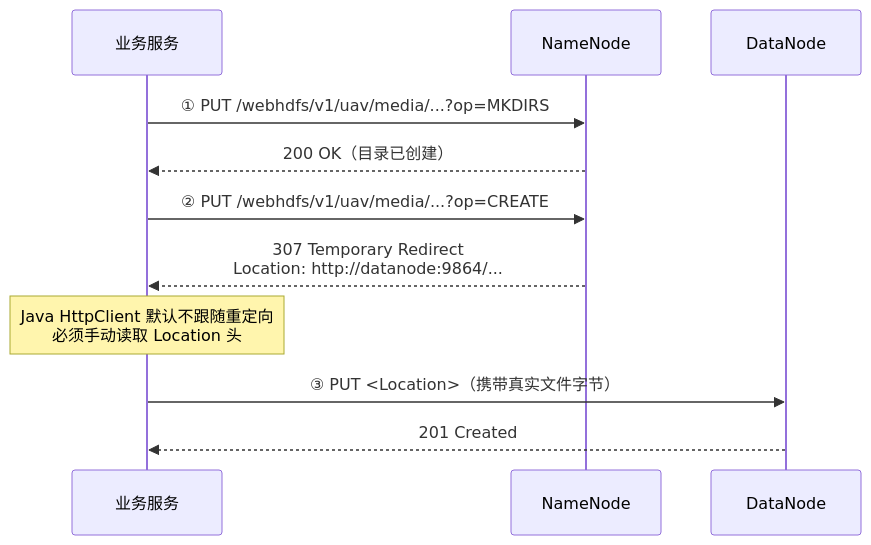
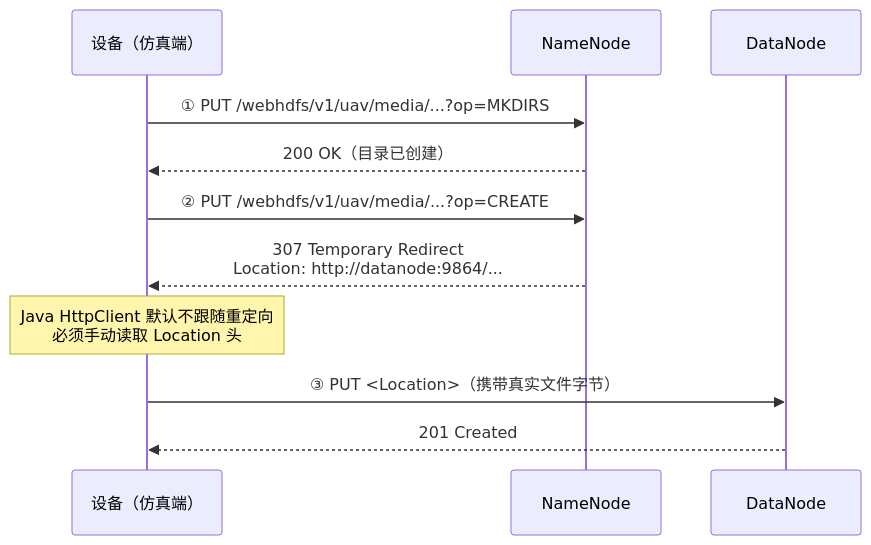
Before and after one commit to heziherz/uav-robot-inspection-platform: the second of 4 diagrams in doc/课程设计报告/05_系统详细设计与实现.md, drawn with Mermaid. The commit also changed other lines of this file and 9 other files, not shown here.

````diff
--- a/doc/课程设计报告/05_系统详细设计与实现.md
+++ b/doc/课程设计报告/05_系统详细设计与实现.md
@@ -338,17 +396,17 @@
 ```mermaid
 sequenceDiagram
-    participant C as 业务服务
+    participant C as 设备（仿真端）
     participant N as NameNode
     participant D as DataNode
 
     C->>N: ① PUT /webhdfs/v1/uav/media/...?op=MKDIRS
     N-->>C: 200 OK（目录已创建）
 
     C->>N: ② PUT /webhdfs/v1/uav/media/...?op=CREATE
     N-->>C: 307 Temporary Redirect<br/>Location: http://datanode:9864/...
 
     Note over C: Java HttpClient 默认不跟随重定向<br/>必须手动读取 Location 头
 
     C->>D: ③ PUT <Location>（携带真实文件字节）
     D-->>C: 201 Created
 ```
````
